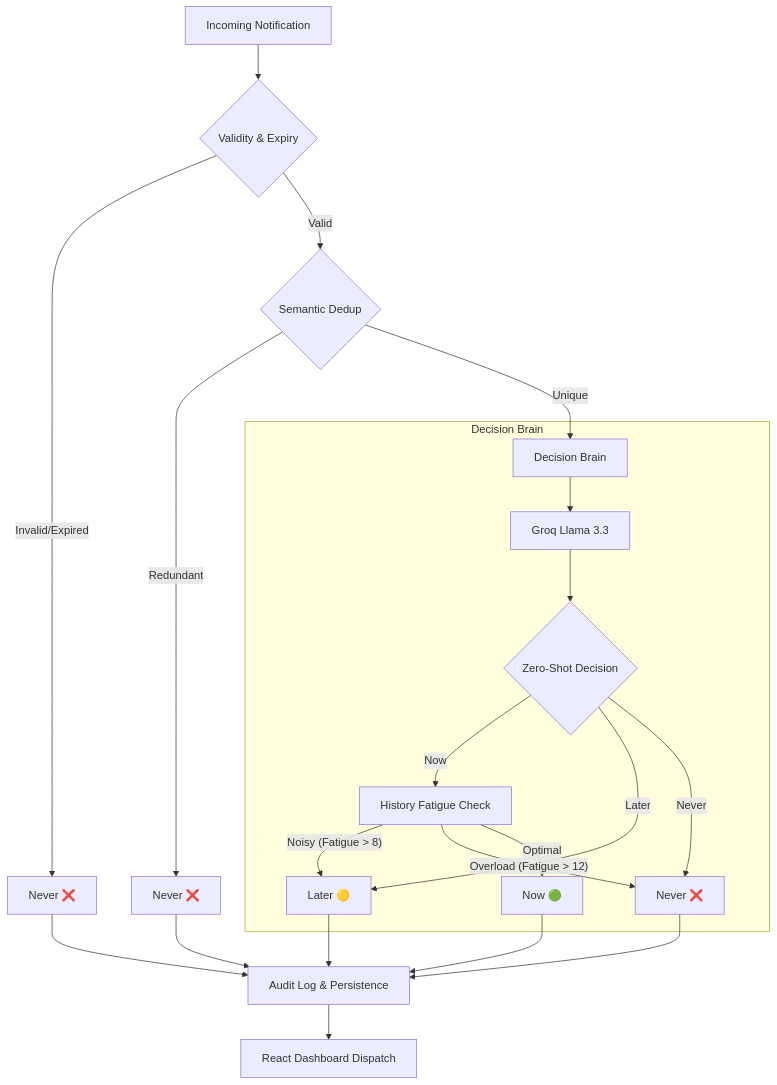
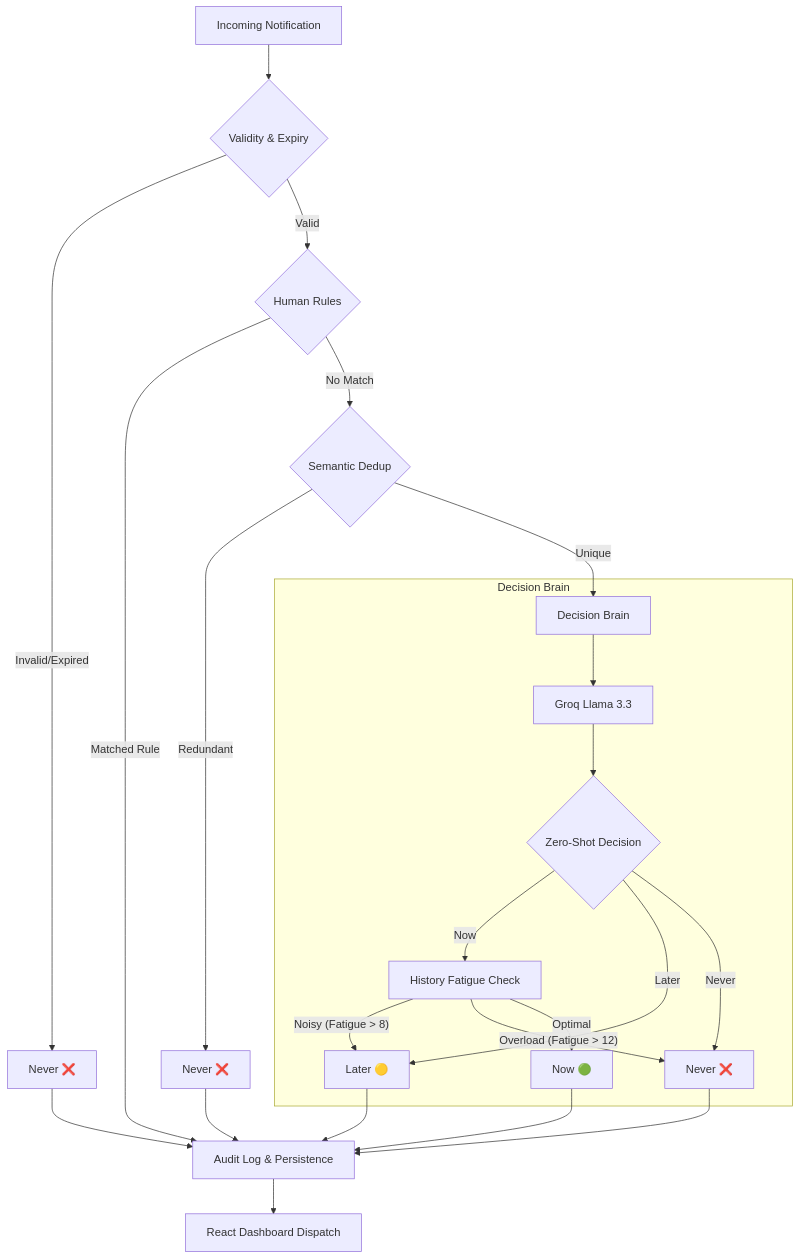
One commit to CHANDU-4706/Ai-Notification-Prioritization-Engine changed the diagram in ARCHITECTURE.md. Above: the diagram before and after it, drawn with Mermaid. The commit also changed other lines of this file and 5 other files, not shown here.

Commit message:
feat: implement human-configurable suppression rules and update documentation

````diff
--- a/ARCHITECTURE.md
+++ b/ARCHITECTURE.md
@@ -45,28 +46,30 @@
 ```mermaid
 flowchart TD
     A[Incoming Notification] --> B{Validity & Expiry}
     B -- Invalid/Expired --> NEVER1[Never ❌]
-    B -- Valid --> C{Semantic Dedup}
+    B -- Valid --> R{Human Rules}
+    R -- Matched Rule --> H
+    R -- No Match --> C{Semantic Dedup}
     C -- Redundant --> NEVER2[Never ❌]
     C -- Unique --> D[Decision Brain]
     
     subgraph Decision Brain
         D --> E[Groq Llama 3.3]
         E --> F{Zero-Shot Decision}
         F -- Now --> G[History Fatigue Check]
         F -- Later --> LATER[Later 🟡]
         F -- Never --> NEVER3[Never ❌]
         
         G -- Noisy (Fatigue > 8) --> LATER
         G -- Overload (Fatigue > 12) --> NEVER3
         G -- Optimal --> NOW[Now 🟢]
     end
     
     NOW --> H[Audit Log & Persistence]
     LATER --> H
     NEVER1 --> H
     NEVER2 --> H
     NEVER3 --> H
     
     H --> I[React Dashboard Dispatch]
 ```
````
